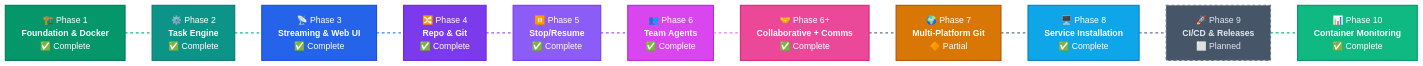
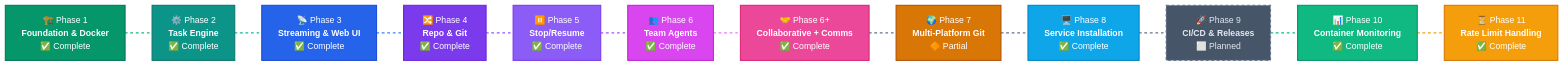
One commit to davidebaraldo/Klaudio changed the diagram in ROADMAP.md. Above: the diagram before and after it, drawn with Mermaid (neutral theme). The commit also changed other lines of this file and 9 other files, not shown here.

First line of the commit message:
feat: Phase 11 — Claude Code rate limit handling with auto-retry and real-time UI

````diff
--- a/ROADMAP.md
+++ b/ROADMAP.md
@@ -7,39 +7,42 @@
 ```mermaid
 graph LR
     P1["🏗️ Phase 1<br/><b>Foundation & Docker</b><br/>✅ Complete"]
     P2["⚙️ Phase 2<br/><b>Task Engine</b><br/>✅ Complete"]
     P3["📡 Phase 3<br/><b>Streaming & Web UI</b><br/>✅ Complete"]
     P4["🔀 Phase 4<br/><b>Repo & Git</b><br/>✅ Complete"]
     P5["⏸️ Phase 5<br/><b>Stop/Resume</b><br/>✅ Complete"]
     P6["👥 Phase 6<br/><b>Team Agents</b><br/>✅ Complete"]
     P6P["🤝 Phase 6+<br/><b>Collaborative + Comms</b><br/>✅ Complete"]
     P7["🌍 Phase 7<br/><b>Multi-Platform Git</b><br/>🔶 Partial"]
     P8["🖥️ Phase 8<br/><b>Service Installation</b><br/>✅ Complete"]
     P9["🚀 Phase 9<br/><b>CI/CD & Releases</b><br/>⬜ Planned"]
     P10["📊 Phase 10<br/><b>Container Monitoring</b><br/>✅ Complete"]
+    P11["⏳ Phase 11<br/><b>Rate Limit Handling</b><br/>✅ Complete"]
 
-    P1 -.- P2 -.- P3 -.- P4 -.- P5 -.- P6 -.- P6P -.- P7 -.- P8 -.- P9 -.- P10
+    P1 -.- P2 -.- P3 -.- P4 -.- P5 -.- P6 -.- P6P -.- P7 -.- P8 -.- P9 -.- P10 -.- P11
 
     style P1 fill:#059669,stroke:#047857,color:#fff,stroke-width:2px
     style P2 fill:#0d9488,stroke:#0f766e,color:#fff,stroke-width:2px
     style P3 fill:#2563eb,stroke:#1d4ed8,color:#fff,stroke-width:2px
     style P4 fill:#7c3aed,stroke:#6d28d9,color:#fff,stroke-width:2px
     style P5 fill:#8b5cf6,stroke:#7c3aed,color:#fff,stroke-width:2px
     style P6 fill:#d946ef,stroke:#c026d3,color:#fff,stroke-width:2px
     style P6P fill:#ec4899,stroke:#db2777,color:#fff,stroke-width:2px
     style P7 fill:#d97706,stroke:#b45309,color:#fff,stroke-width:2px
     style P8 fill:#0ea5e9,stroke:#0284c7,color:#fff,stroke-width:2px
     style P9 fill:#475569,stroke:#64748b,color:#e2e8f0,stroke-width:2px,stroke-dasharray:5
     style P10 fill:#10b981,stroke:#059669,color:#fff,stroke-width:2px
+    style P11 fill:#f59e0b,stroke:#d97706,color:#fff,stroke-width:2px
 
     linkStyle 0 stroke:#10b981,stroke-width:2px,stroke-dasharray:5
     linkStyle 1 stroke:#14b8a6,stroke-width:2px,stroke-dasharray:5
     linkStyle 2 stroke:#3b82f6,stroke-width:2px,stroke-dasharray:5
     linkStyle 3 stroke:#8b5cf6,stroke-width:2px,stroke-dasharray:5
     linkStyle 4 stroke:#a855f7,stroke-width:2px,stroke-dasharray:5
     linkStyle 5 stroke:#e879f9,stroke-width:2px,stroke-dasharray:5
     linkStyle 6 stroke:#64748b,stroke-width:2px,stroke-dasharray:5
     linkStyle 7 stroke:#64748b,stroke-width:2px,stroke-dasharray:5
     linkStyle 8 stroke:#64748b,stroke-width:2px,stroke-dasharray:5
     linkStyle 9 stroke:#10b981,stroke-width:2px,stroke-dasharray:5
+    linkStyle 10 stroke:#f59e0b,stroke-width:2px,stroke-dasharray:5
 ```
````
